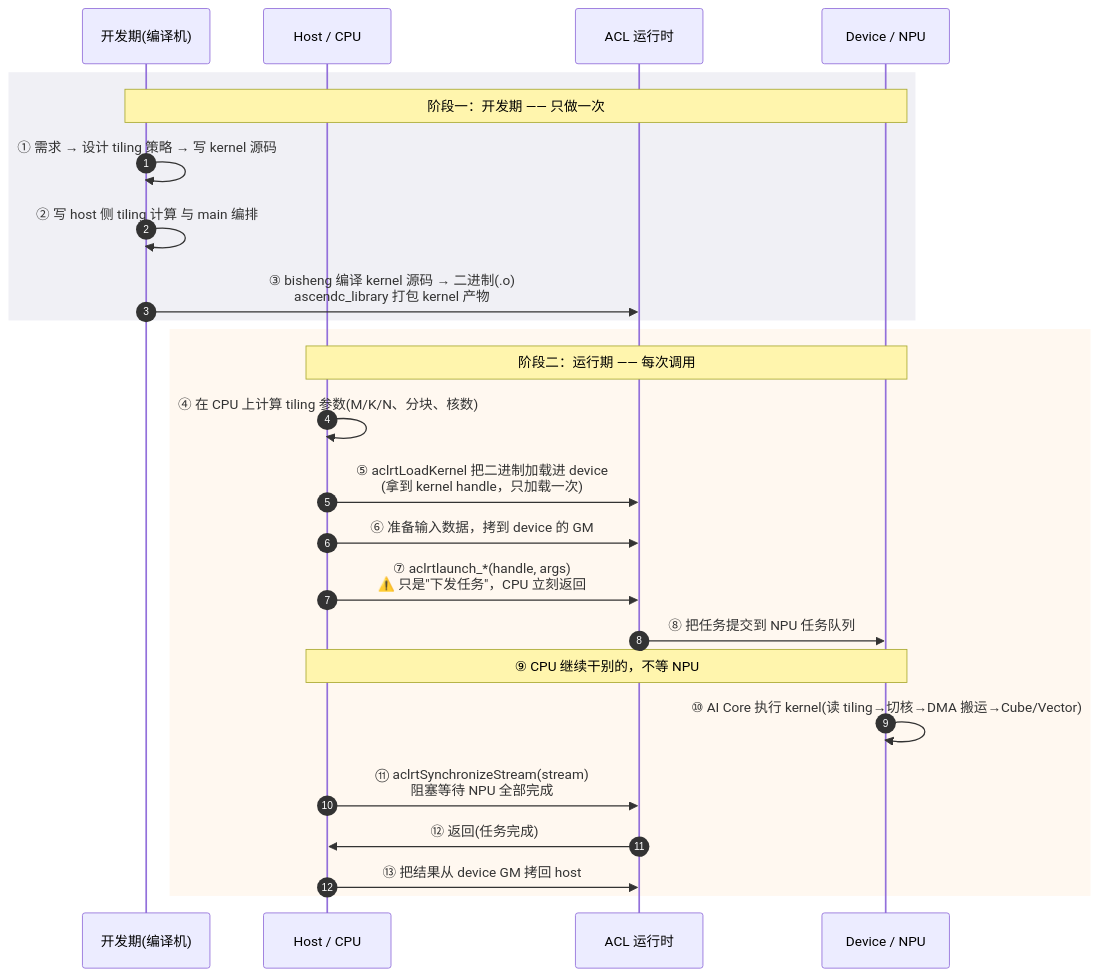
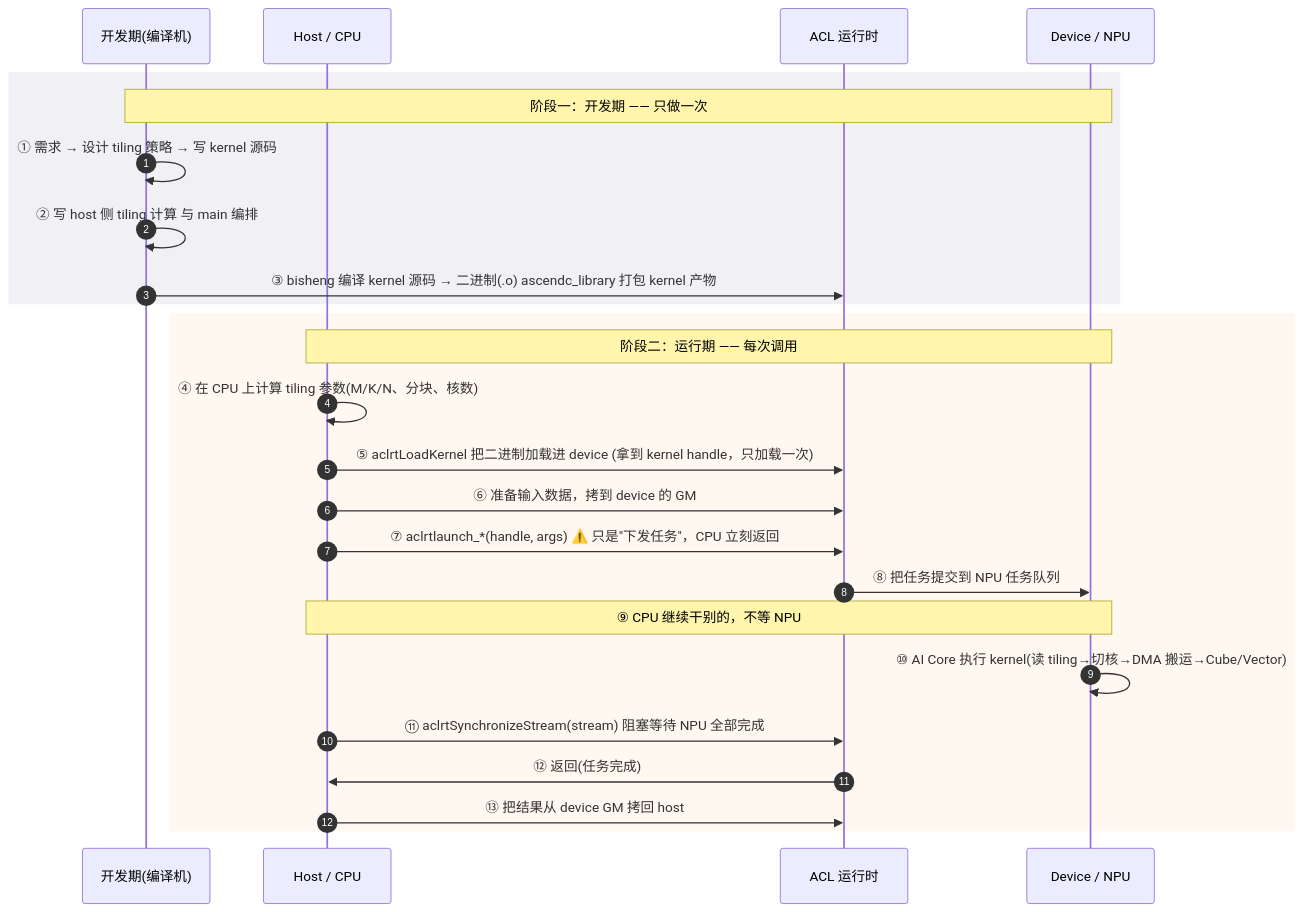
The diagram in docs/pages/hardware/03-host-device-kernel-lifecycle.md (SuccinctPaul/Ascend-Notes), drawn with Mermaid before and after one commit. The commit also changed other lines of this file and 1 other file, not shown here.

````diff
--- a/docs/pages/hardware/03-host-device-kernel-lifecycle.md
+++ b/docs/pages/hardware/03-host-device-kernel-lifecycle.md
@@ -93,29 +97,29 @@
 ```mermaid
 sequenceDiagram
     autonumber
     participant Dev as 开发期(编译机)
     participant Host as Host / CPU
     participant ACL as ACL 运行时
     participant Dev2 as Device / NPU
 
     rect rgb(240,240,245)
     Note over Dev,Dev2: 阶段一：开发期 —— 只做一次
     Dev->>Dev: ① 需求 → 设计 tiling 策略 → 写 kernel 源码
     Dev->>Dev: ② 写 host 侧 tiling 计算 与 main 编排
-    Dev->>ACL: ③ bisheng 编译 kernel 源码 → 二进制(.o)<br/>ascendc_library 打包 kernel 产物
+    Dev->>ACL: ③ bisheng 编译 kernel 源码 → 二进制(.o) ascendc_library 打包 kernel 产物
     end
 
     rect rgb(255,248,240)
     Note over Host,Dev2: 阶段二：运行期 —— 每次调用
     Host->>Host: ④ 在 CPU 上计算 tiling 参数(M/K/N、分块、核数)
-    Host->>ACL: ⑤ aclrtLoadKernel 把二进制加载进 device<br/>(拿到 kernel handle，只加载一次)
+    Host->>ACL: ⑤ aclrtLoadKernel 把二进制加载进 device (拿到 kernel handle，只加载一次)
     Host->>ACL: ⑥ 准备输入数据，拷到 device 的 GM
-    Host->>ACL: ⑦ aclrtlaunch_*(handle, args)<br/>⚠️ 只是"下发任务"，CPU 立刻返回
+    Host->>ACL: ⑦ aclrtlaunch_*(handle, args) ⚠️ 只是"下发任务"，CPU 立刻返回
     ACL->>Dev2: ⑧ 把任务提交到 NPU 任务队列
     Note over Host,Dev2: ⑨ CPU 继续干别的，不等 NPU
     Dev2->>Dev2: ⑩ AI Core 执行 kernel(读 tiling→切核→DMA 搬运→Cube/Vector)
-    Host->>ACL: ⑪ aclrtSynchronizeStream(stream)<br/>阻塞等待 NPU 全部完成
+    Host->>ACL: ⑪ aclrtSynchronizeStream(stream) 阻塞等待 NPU 全部完成
     ACL->>Host: ⑫ 返回(任务完成)
     Host->>ACL: ⑬ 把结果从 device GM 拷回 host
     end
 ```
````
